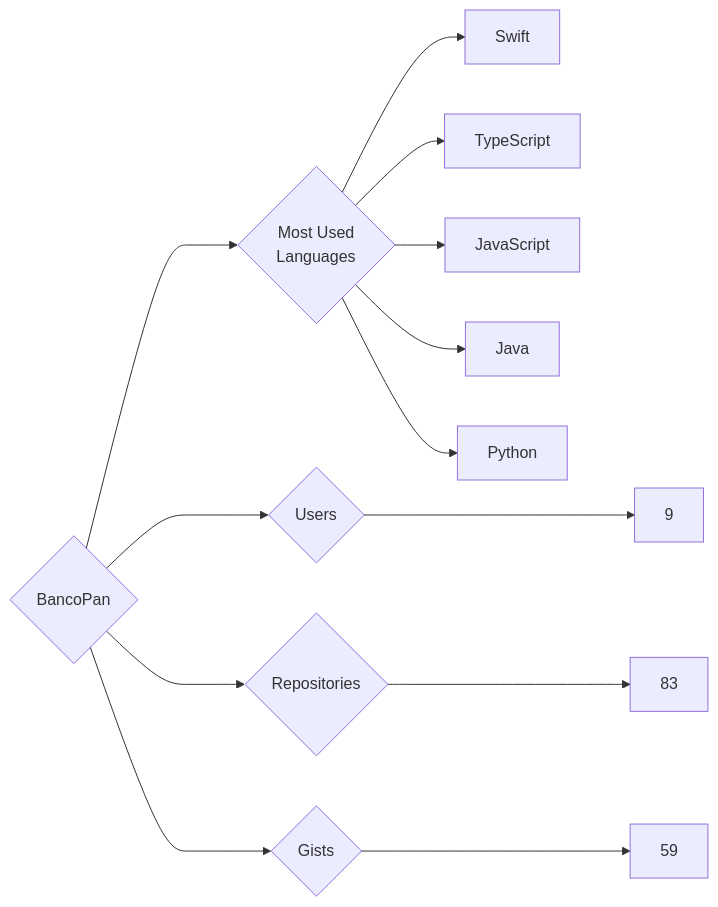
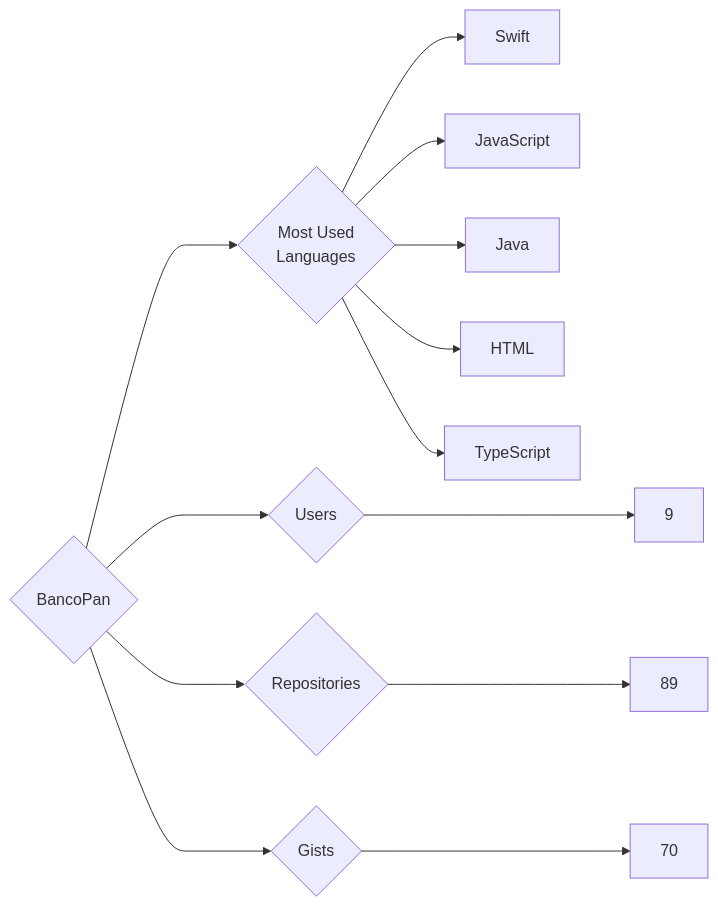
Before and after one commit to trickest/insiders: the diagram in targets/BancoPan/README.md, drawn with Mermaid. The commit also changed 1141 other files, not shown here.

````diff
--- a/targets/BancoPan/README.md
+++ b/targets/BancoPan/README.md
@@ -3,13 +3,13 @@
 ```mermaid
 graph LR
 COMPANY_NAME{BancoPan}
 COMPANY_NAME ---> U{Users} ---> UN[9]
-COMPANY_NAME ---> R{Repositories} ---> RN[83]
-COMPANY_NAME ---> G{Gists} ---> GN[59]
+COMPANY_NAME ---> R{Repositories} ---> RN[89]
+COMPANY_NAME ---> G{Gists} ---> GN[70]
 COMPANY_NAME ---> ML{Most Used<br>Languages}
 ML --> Swift[Swift]
-ML --> TypeScript[TypeScript]
 ML --> JavaScript[JavaScript]
 ML --> Java[Java]
-ML --> Python[Python]
+ML --> HTML[HTML]
+ML --> TypeScript[TypeScript]
 ```
````
